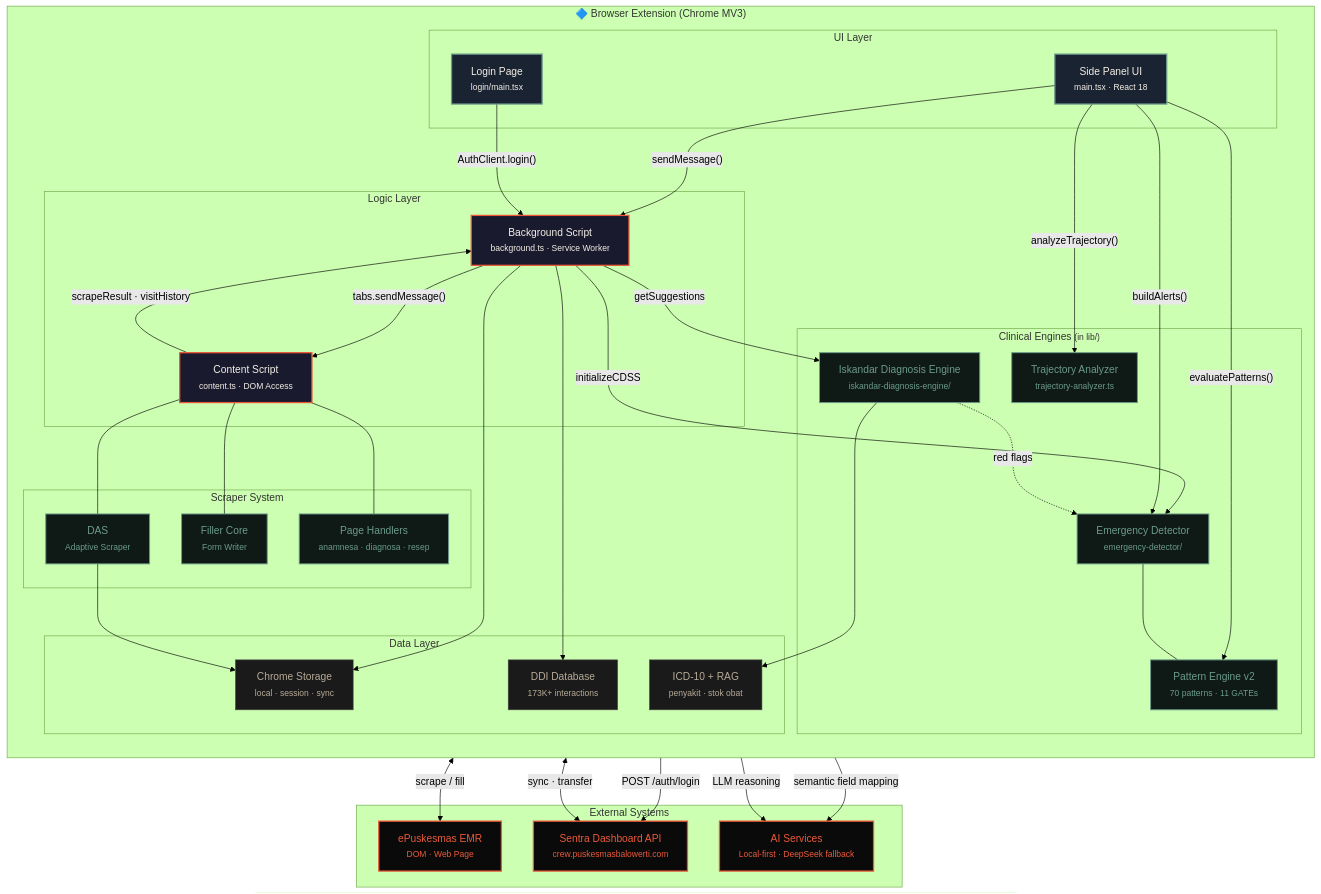
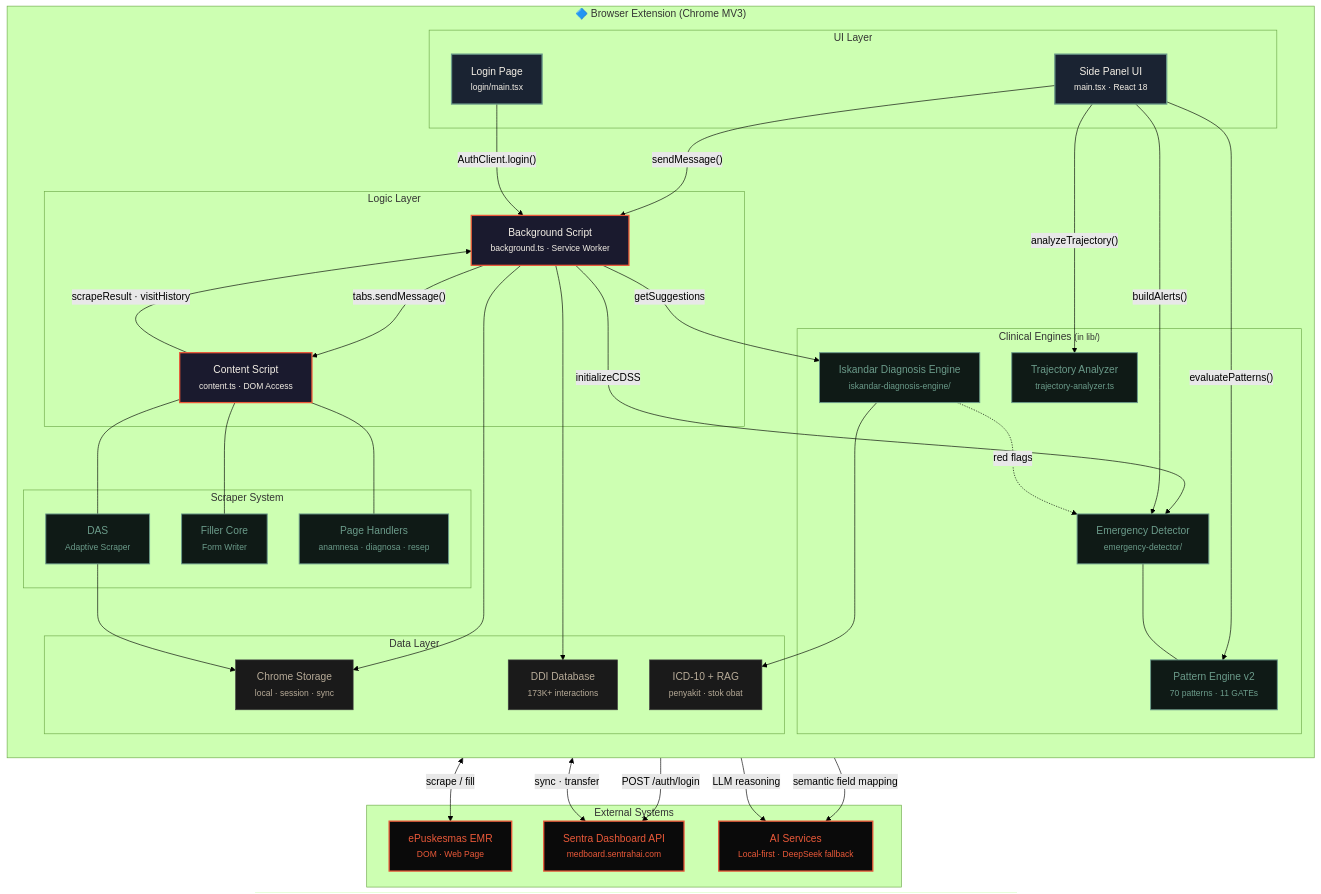
Before and after one commit to drferdi/Monorepo-safrs: the first of 5 diagrams in projects/healthcare/med-assist/docs/architecture/med-assist-system-architecture.md, drawn with Mermaid (forest theme). The commit also changed 13 other files, not shown here.

First line of the commit message:
feat(med-assist): MedBoard lives at medboard.sentrahai.com (R2, auth approved by Chief)

```diff
--- a/projects/healthcare/med-assist/docs/architecture/med-assist-system-architecture.md
+++ b/projects/healthcare/med-assist/docs/architecture/med-assist-system-architecture.md
@@ -43,7 +43,7 @@
 
     subgraph EXTERNAL["External Systems"]
         EMR["ePuskesmas EMR<br/><small>DOM · Web Page</small>"]
-        API["Sentra Dashboard API<br/><small>crew.puskesmasbalowerti.com</small>"]
+        API["Sentra Dashboard API<br/><small>medboard.sentrahai.com</small>"]
         AI["AI Services<br/><small>Local-first · DeepSeek fallback</small>"]
     end
 
```
